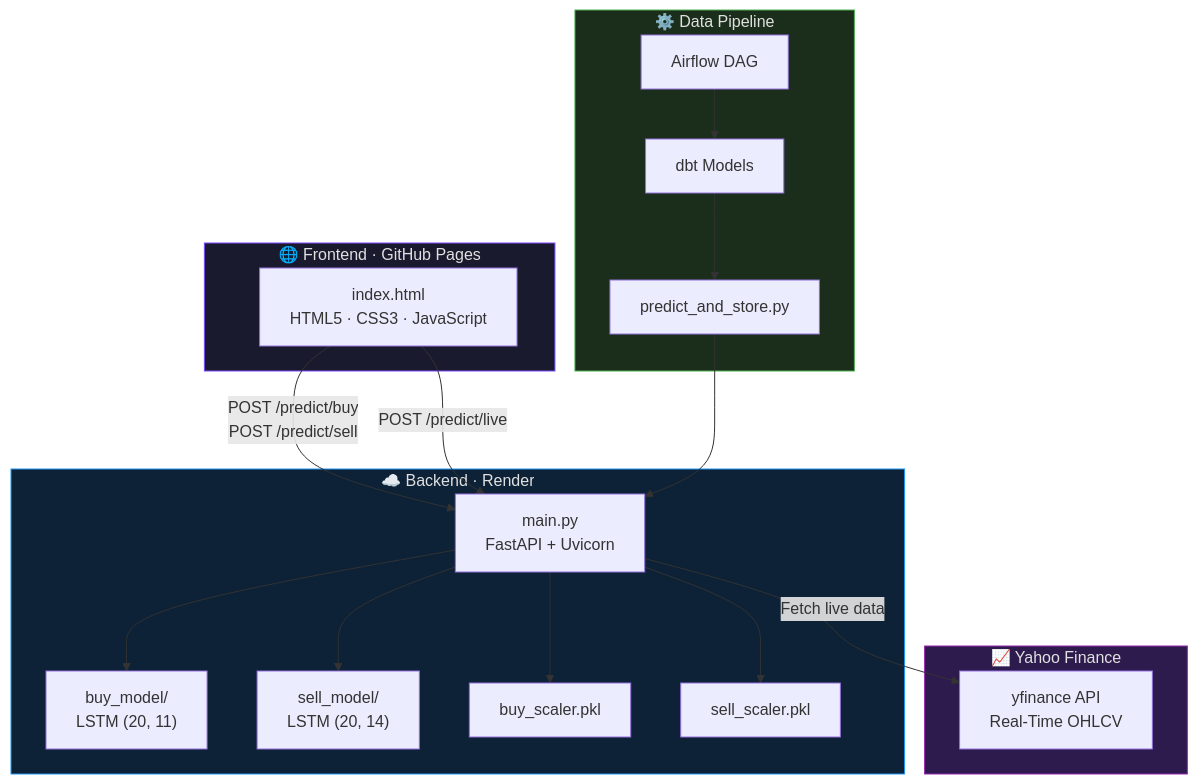
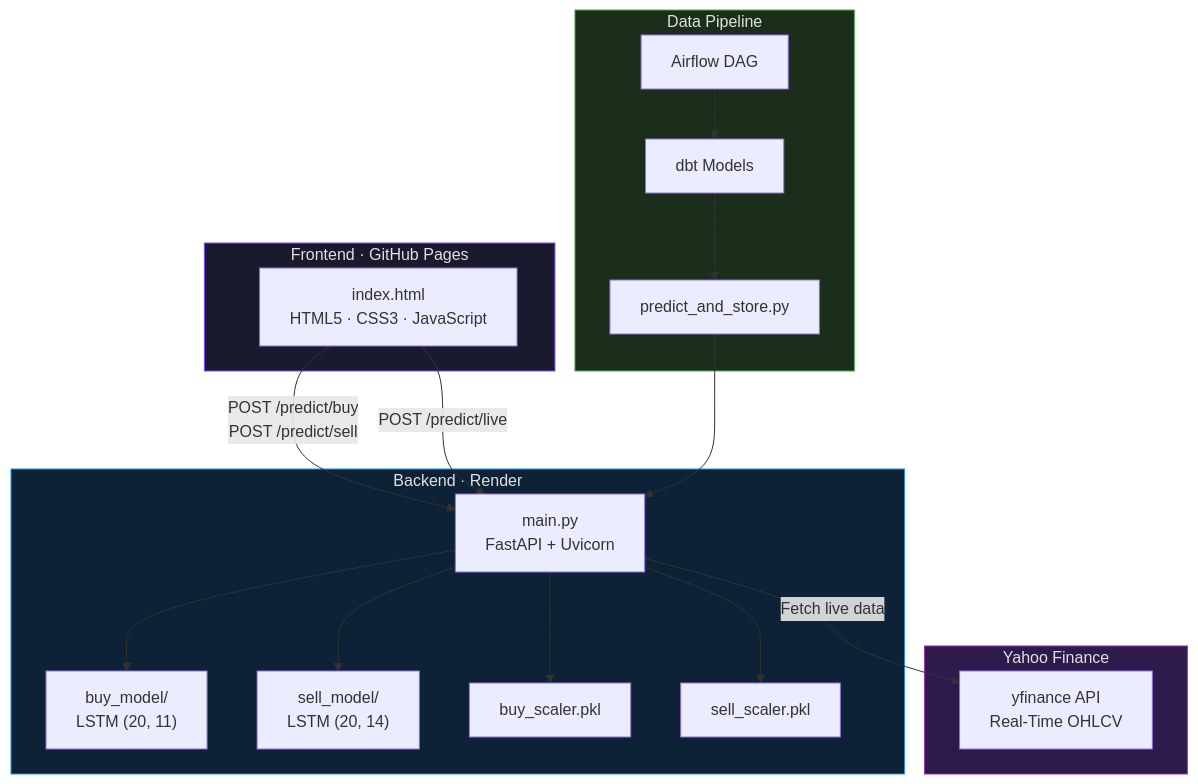
One commit to hodatisg520/Deep-Learning-Market-Forecasting-Portfolio-Optimization changed the second of 2 diagrams in README.md. Above: the diagram before and after it, drawn with Mermaid. The commit also changed other lines of this file, not shown here.

````diff
--- a/README.md
+++ b/README.md
@@ -113,39 +113,39 @@
 ```mermaid
 flowchart TB
-    subgraph CLIENT ["🌐 Frontend · GitHub Pages"]
+    subgraph CLIENT ["Frontend · GitHub Pages"]
         UI["index.html<br/>HTML5 · CSS3 · JavaScript"]
     end
 
-    subgraph RENDER ["☁️ Backend · Render"]
+    subgraph RENDER ["Backend · Render"]
         API["main.py<br/>FastAPI + Uvicorn"]
         BUY_MODEL["buy_model/<br/>LSTM (20, 11)"]
         SELL_MODEL["sell_model/<br/>LSTM (20, 14)"]
         BUY_SCALER["buy_scaler.pkl"]
         SELL_SCALER["sell_scaler.pkl"]
     end
 
-    subgraph YAHOO ["📈 Yahoo Finance"]
+    subgraph YAHOO ["Yahoo Finance"]
         YF["yfinance API<br/>Real-Time OHLCV"]
     end
 
-    subgraph PIPELINE ["⚙️ Data Pipeline"]
+    subgraph PIPELINE ["Data Pipeline"]
         AF["Airflow DAG"]
         DBT["dbt Models"]
         SCRIPTS["predict_and_store.py"]
     end
 
     UI -- "POST /predict/buy<br/>POST /predict/sell" --> API
     UI -- "POST /predict/live" --> API
     API --> BUY_MODEL
     API --> SELL_MODEL
     API --> BUY_SCALER
     API --> SELL_SCALER
     API -- "Fetch live data" --> YF
     AF --> DBT --> SCRIPTS
     SCRIPTS --> API
 
     style CLIENT fill:#1a1a2e,color:#e0e0e0,stroke:#7C4DFF
     style RENDER fill:#0d2137,color:#e0e0e0,stroke:#2196F3
     style YAHOO fill:#2d1b4e,color:#e0e0e0,stroke:#9C27B0
     style PIPELINE fill:#1b2e1b,color:#e0e0e0,stroke:#4CAF50
 ```
````
